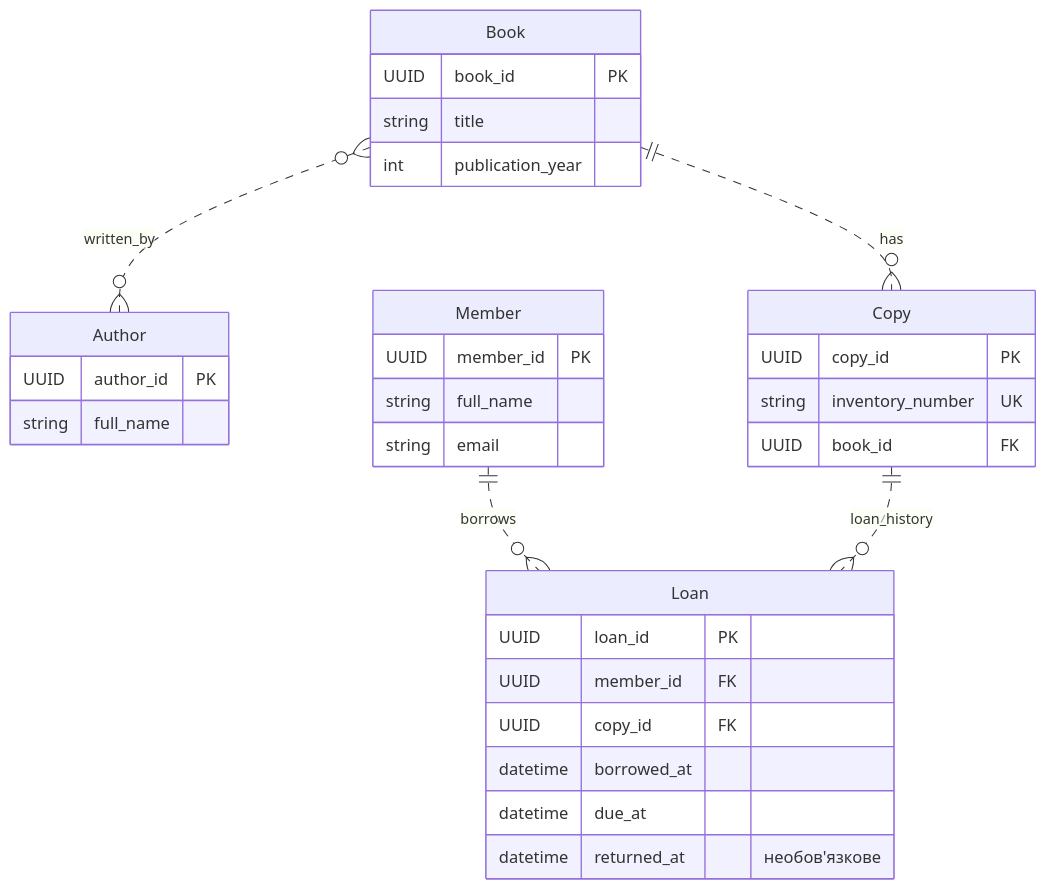
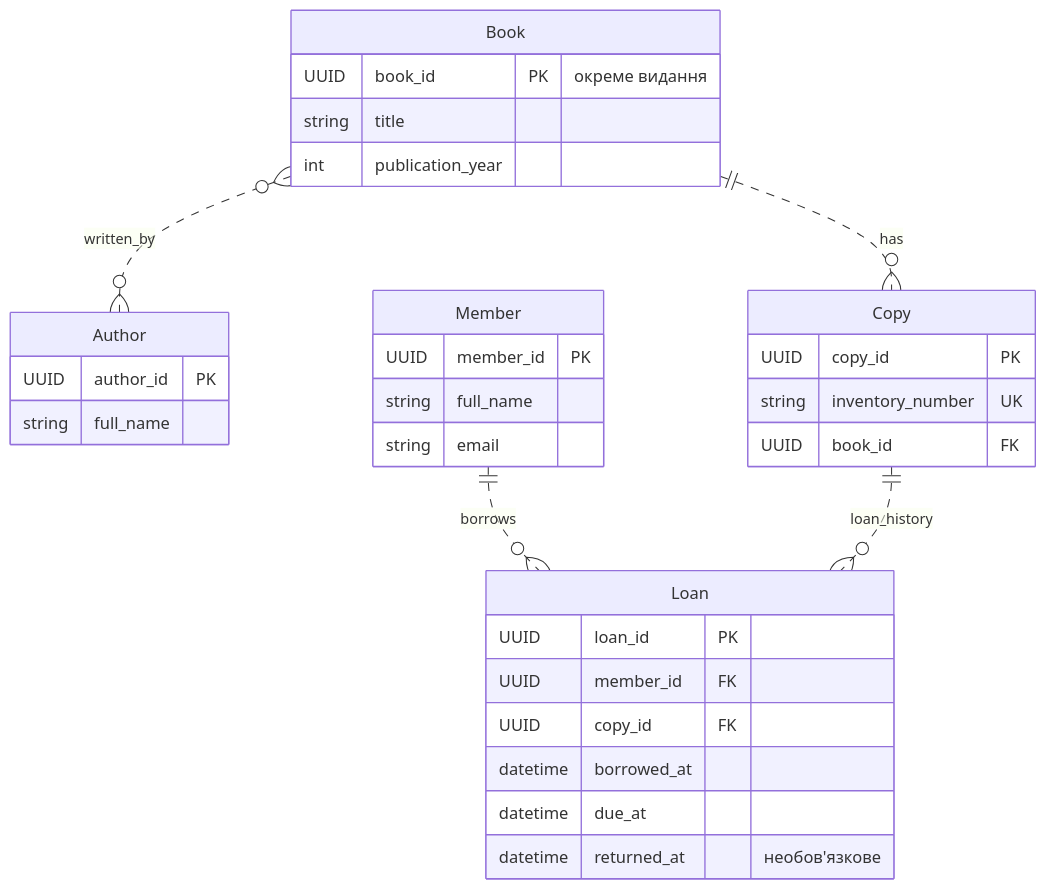
Before and after one commit to Alex9011/Lab1_KPI2: the diagram in diagram.mmd, drawn with Mermaid. The commit also changed 1 other file, not shown here.

Commit message:
Clarify Book as a publication edition

```diff
--- a/diagram.mmd
+++ b/diagram.mmd
@@ -1,34 +1,34 @@
 erDiagram
     direction TB
     Book }o..o{ Author : written_by
     Book ||..o{ Copy : has
     Member ||..o{ Loan : borrows
     Copy ||..o{ Loan : loan_history
 
     Book {
-        UUID book_id PK
+        UUID book_id PK "окреме видання"
         string title
         int publication_year
     }
     Author {
         UUID author_id PK
         string full_name
     }
     Copy {
         UUID copy_id PK
         string inventory_number UK
         UUID book_id FK
     }
     Member {
         UUID member_id PK
         string full_name
         string email
     }
     Loan {
         UUID loan_id PK
         UUID member_id FK
         UUID copy_id FK
         datetime borrowed_at
         datetime due_at
         datetime returned_at "необов'язкове"
     }
```
